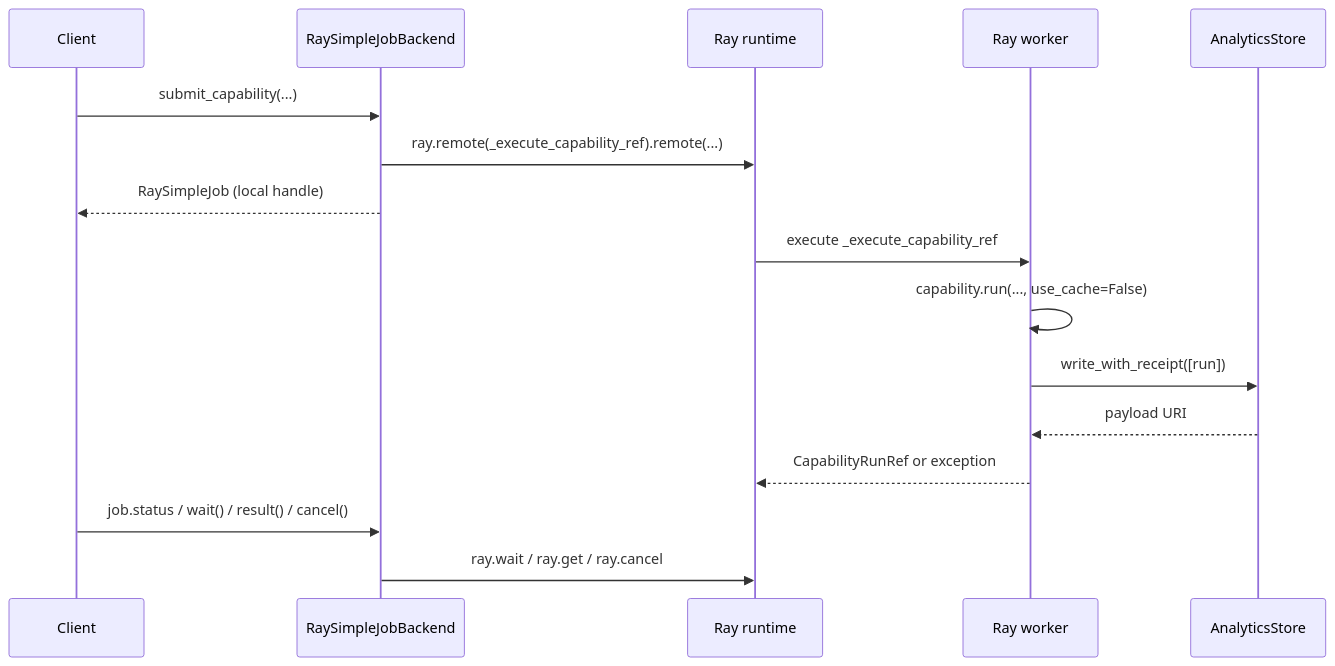
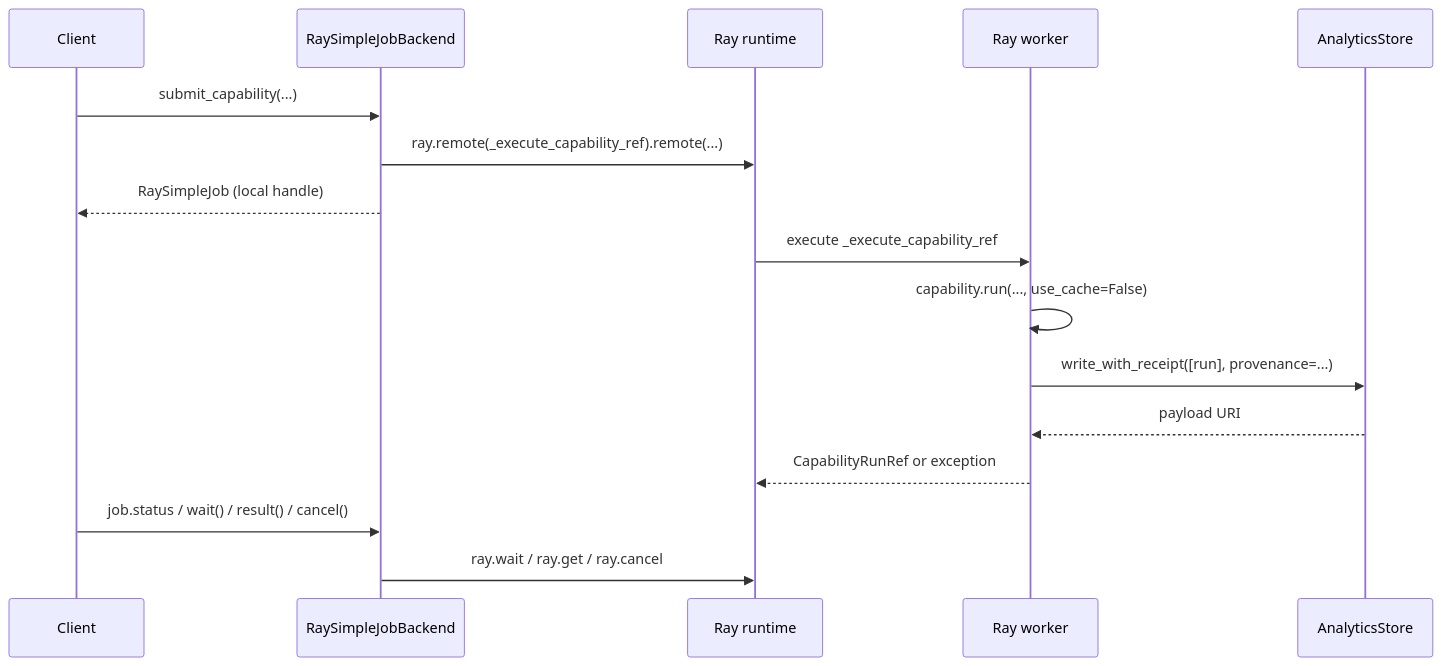
The diagram in docs/development/job_submission/ray_simple_job_backend.md (openteams-ai/checkmaite), drawn with Mermaid before and after one commit. The commit also changed other lines of this file and 24 other files, not shown here.

Commit message:
Add provenance to analytics run history

````diff
--- a/docs/development/job_submission/ray_simple_job_backend.md
+++ b/docs/development/job_submission/ray_simple_job_backend.md
@@ -69,19 +69,19 @@
 ```mermaid
 sequenceDiagram
     participant Client
     participant JobBackend as RaySimpleJobBackend
     participant Ray as Ray runtime
     participant Worker as Ray worker
     participant Store as AnalyticsStore
 
     Client->>JobBackend: submit_capability(...)
     JobBackend->>Ray: ray.remote(_execute_capability_ref).remote(...)
     JobBackend-->>Client: RaySimpleJob (local handle)
     Ray->>Worker: execute _execute_capability_ref
     Worker->>Worker: capability.run(..., use_cache=False)
-    Worker->>Store: write_with_receipt([run])
+    Worker->>Store: write_with_receipt([run], provenance=...)
     Store-->>Worker: payload URI
     Worker-->>Ray: CapabilityRunRef or exception
     Client->>JobBackend: job.status / wait() / result() / cancel()
     JobBackend->>Ray: ray.wait / ray.get / ray.cancel
 ```
````
